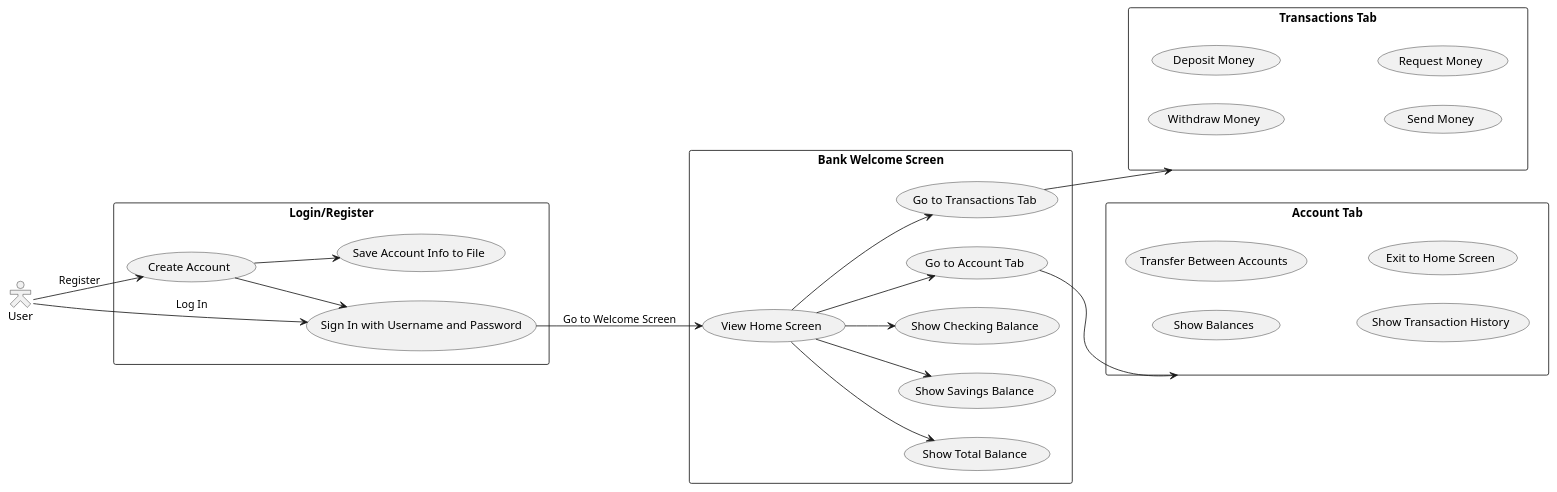
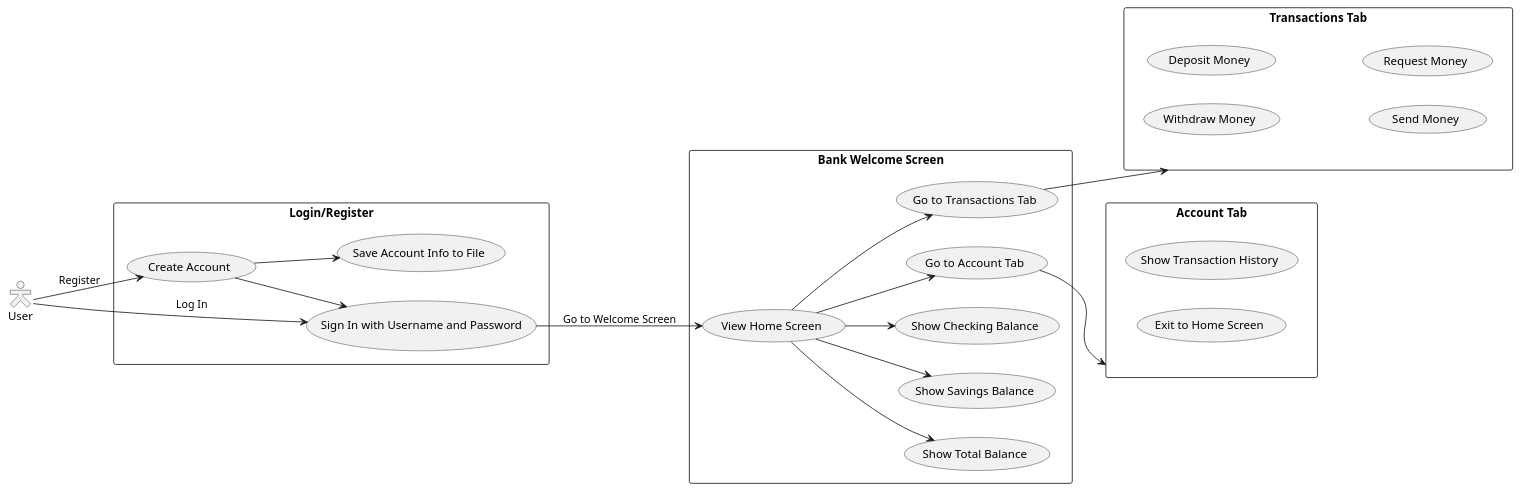
One commit to JSmith1140/BurchamLongRyanSmith_CSC2620_Final changed the diagram in PUML-Diagrams/BankUseCaseDiagram.puml. Above: the diagram before and after it, drawn with PlantUML.

Commit message:
Updated Use Case Diagram

```diff
--- a/PUML-Diagrams/BankUseCaseDiagram.puml
+++ b/PUML-Diagrams/BankUseCaseDiagram.puml
@@ -1,57 +1,55 @@
 @startuml Bank Use Case Diagram
 
 left to right direction 
 
 skinparam actorStyle Hollow
 actor "User" as U
 
 ' Login/Register screens
 rectangle "Login/Register" {
   usecase "Sign In with Username and Password" as UC1
   usecase "Create Account" as UC2
   usecase "Save Account Info to File" as UC3
 }
 
 ' Bank Welcome Screen
 rectangle "Bank Welcome Screen" {
   usecase "View Home Screen" as UC4
   usecase "Show Total Balance" as UC5
   usecase "Show Savings Balance" as UC6
   usecase "Show Checking Balance" as UC7
   usecase "Go to Transactions Tab" as UC8
   usecase "Go to Account Tab" as UC9
 }
 
 ' Transaction Tab
 rectangle "Transactions Tab" {
   usecase "Withdraw Money" as UC11
   usecase "Deposit Money" as UC12
   usecase "Send Money" as UC13
   usecase "Request Money" as UC14
 }
 
 ' Account Tab
 rectangle "Account Tab" {
-  usecase "Show Balances" as UC15
-  usecase "Transfer Between Accounts" as UC16
   usecase "Show Transaction History" as UC17
   usecase "Exit to Home Screen" as UC18
 }
 
 ' Relations
 U --> UC1 : Log In
 U --> UC2 : Register
 
 UC1 --> UC4 : Go to Welcome Screen
 UC2 --> UC3
 UC2 --> UC1
 
 UC4 --> UC5
 UC4 --> UC6
 UC4 --> UC7
 UC4 --> UC8
 UC4 --> UC9
 
 UC8 --> "Transactions Tab"
 UC9 --> "Account Tab"
 @enduml 
```
